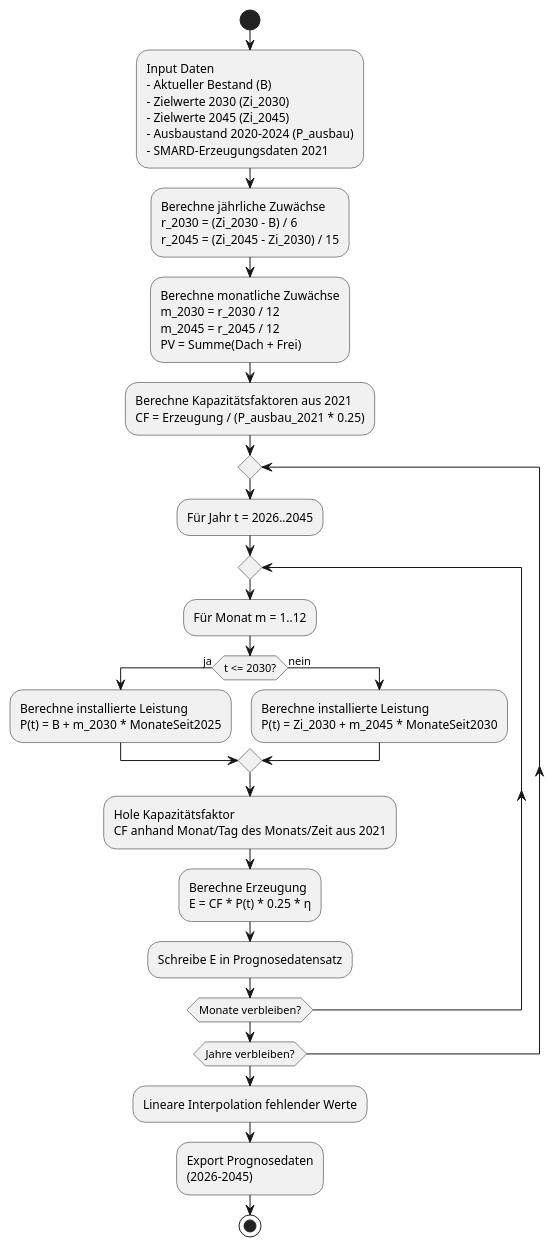
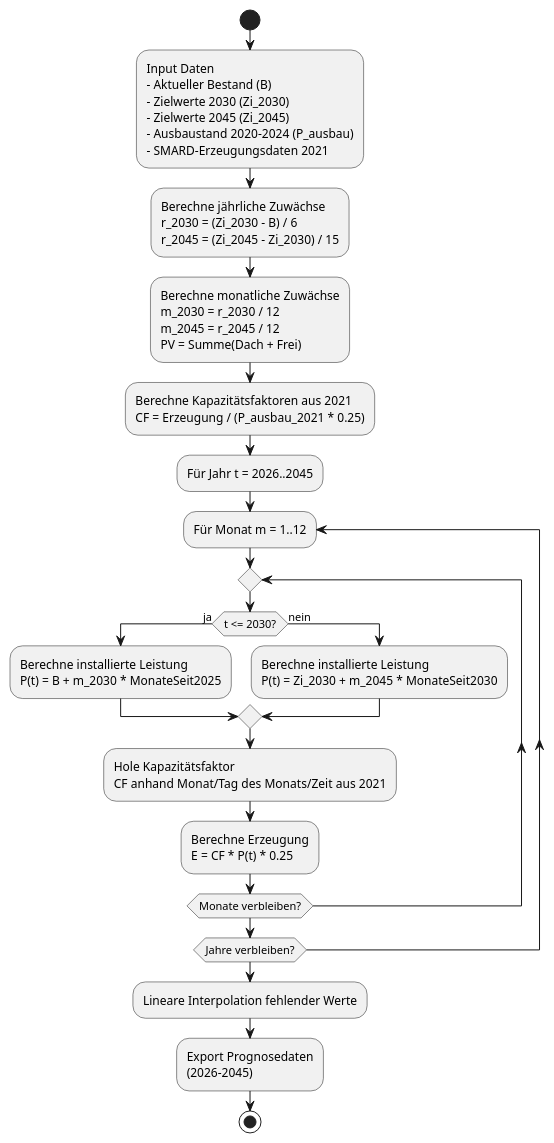
The diagram in Sonstiges/UML_Diagramme/Erzeugungsprognose.plantuml (gitroi/IPJ1-Pottkieker), drawn with PlantUML before and after one commit. The commit also changed 1 other file, not shown here.

Commit message:
Diagramme Überarbeitet

```diff
--- a/Sonstiges/UML_Diagramme/Erzeugungsprognose.plantuml
+++ b/Sonstiges/UML_Diagramme/Erzeugungsprognose.plantuml
@@ -1,54 +1,51 @@
 @startuml Erzeugungsprognose
 start
 
 :Input Daten
 - Aktueller Bestand (B)
 - Zielwerte 2030 (Zi_2030)
 - Zielwerte 2045 (Zi_2045)
 - Ausbaustand 2020-2024 (P_ausbau)
 - SMARD-Erzeugungsdaten 2021;
 
 :Berechne jährliche Zuwächse
 r_2030 = (Zi_2030 - B) / 6
 r_2045 = (Zi_2045 - Zi_2030) / 15;
 
 :Berechne monatliche Zuwächse
 m_2030 = r_2030 / 12
 m_2045 = r_2045 / 12
 PV = Summe(Dach + Frei);
 
 :Berechne Kapazitätsfaktoren aus 2021
 CF = Erzeugung / (P_ausbau_2021 * 0.25);
 
-repeat
-  :Für Jahr t = 2026..2045;
+ :Für Jahr t = 2026..2045;
+repeat :Für Monat m = 1..12;
 
-  repeat
-    :Für Monat m = 1..12;
+  repeat  
 
-    if (t <= 2030?) then (ja)
+if (t <= 2030?) then (ja)
       :Berechne installierte Leistung
       P(t) = B + m_2030 * MonateSeit2025;
     else (nein)
       :Berechne installierte Leistung
       P(t) = Zi_2030 + m_2045 * MonateSeit2030;
     endif
 
     :Hole Kapazitätsfaktor
     CF anhand Monat/Tag des Monats/Zeit aus 2021;
 
     :Berechne Erzeugung
-    E = CF * P(t) * 0.25 * η;
-
-    :Schreibe E in Prognosedatensatz;
+    E = CF * P(t) * 0.25;
 
   repeat while (Monate verbleiben?) 
 repeat while (Jahre verbleiben?)
 
 :Lineare Interpolation fehlender Werte;
 
 :Export Prognosedaten
 (2026–2045);
 
 stop
 @enduml
```
